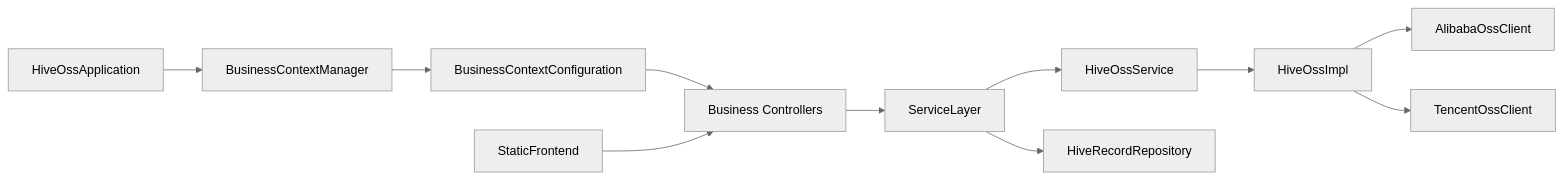
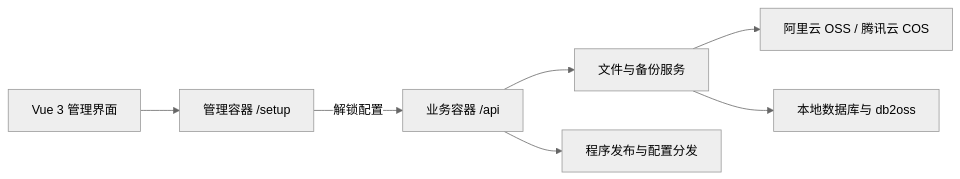
The diagram in README.md (yliang01/hive-oss), drawn with Mermaid (neutral theme) before and after one commit. The commit also changed other lines of this file and 13 other files, not shown here.

````diff
--- a/README.md
+++ b/README.md
@@ -11,13 +17,9 @@
 ```mermaid
 flowchart LR
-  setupApp[HiveOssApplication] --> manager[BusinessContextManager]
-  manager --> businessContext[BusinessContextConfiguration]
-  businessContext --> apiController[Business Controllers]
-  apiController --> serviceLayer[ServiceLayer]
-  serviceLayer --> ossFacade[HiveOssService]
-  ossFacade --> vendorImpl[HiveOssImpl]
-  vendorImpl --> alibabaClient[AlibabaOssClient]
-  vendorImpl --> tencentClient[TencentOssClient]
-  serviceLayer --> recordRepo[HiveRecordRepository]
-  staticUi[StaticFrontend] --> apiController
+  UI[Vue 3 管理界面] --> Setup[管理容器 /setup]
+  Setup -->|解锁配置| Business[业务容器 /api]
+  Business --> Services[文件与备份服务]
+  Services --> OSS[阿里云 OSS / 腾讯云 COS]
+  Services --> DB[本地数据库与 db2oss]
+  Business --> Release[程序发布与配置分发]
 ```
````
